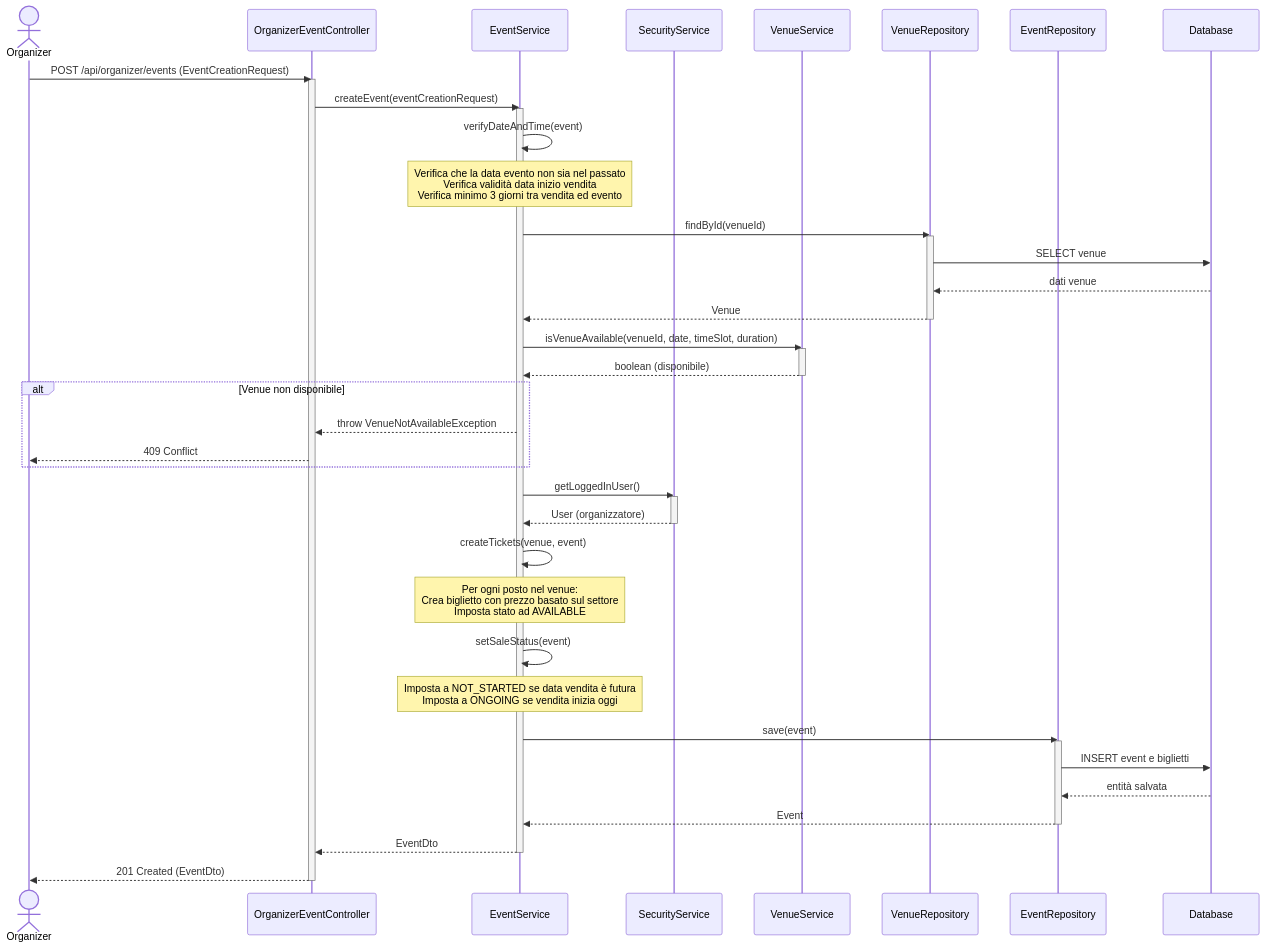
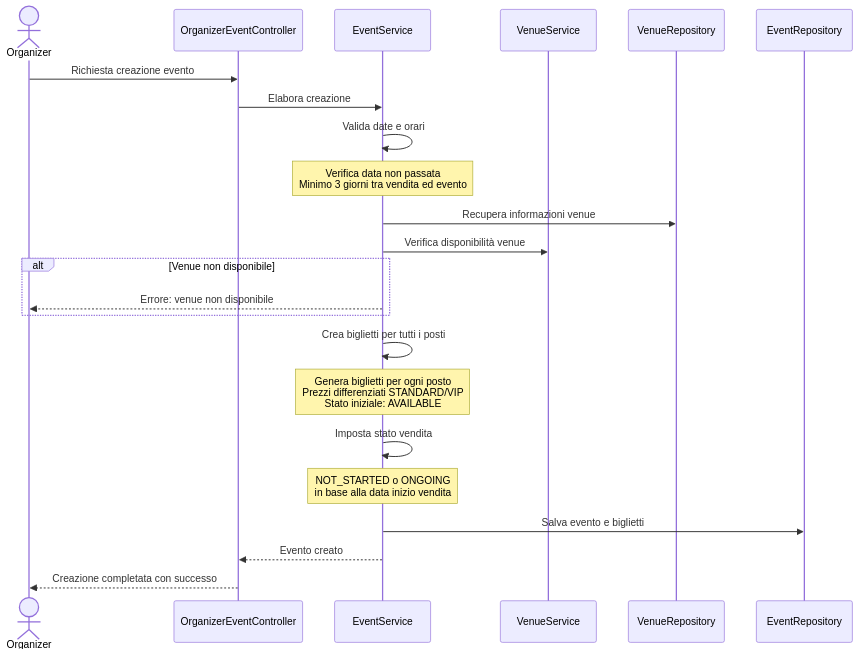
Before and after one commit to s-lusito/TicketBlock-Ing_Sw: the diagram in docs/sequence-event-creation.md, drawn with Mermaid. The commit also changed 14 other files, not shown here.

Commit message:
Simplify sequence diagrams and add PlantUML versions

````diff
--- a/docs/sequence-event-creation.md
+++ b/docs/sequence-event-creation.md
@@ -5,61 +5,34 @@
 ```mermaid
 sequenceDiagram
     actor Organizer
-    participant Controller as OrganizerEventController
-    participant Service as EventService
-    participant SecurityService
+    participant OrganizerEventController
+    participant EventService
     participant VenueService
-    participant VenueRepo as VenueRepository
-    participant EventRepo as EventRepository
-    participant DB as Database
+    participant VenueRepository
+    participant EventRepository
 
-    Organizer->>Controller: POST /api/organizer/events (EventCreationRequest)
-    activate Controller
+    Organizer->>OrganizerEventController: Richiesta creazione evento
+    OrganizerEventController->>EventService: Elabora creazione
     
-    Controller->>Service: createEvent(eventCreationRequest)
-    activate Service
+    EventService->>EventService: Valida date e orari
+    Note over EventService: Verifica data non passata<br/>Minimo 3 giorni tra vendita ed evento
     
-    Service->>Service: verifyDateAndTime(event)
-    Note over Service: Verifica che la data evento non sia nel passato<br/>Verifica validità data inizio vendita<br/>Verifica minimo 3 giorni tra vendita ed evento
+    EventService->>VenueRepository: Recupera informazioni venue
     
-    Service->>VenueRepo: findById(venueId)
-    activate VenueRepo
-    VenueRepo->>DB: SELECT venue
-    DB-->>VenueRepo: dati venue
-    VenueRepo-->>Service: Venue
-    deactivate VenueRepo
-    
-    Service->>VenueService: isVenueAvailable(venueId, date, timeSlot, duration)
-    activate VenueService
-    VenueService-->>Service: boolean (disponibile)
-    deactivate VenueService
+    EventService->>VenueService: Verifica disponibilità venue
     
     alt Venue non disponibile
-        Service-->>Controller: throw VenueNotAvailableException
-        Controller-->>Organizer: 409 Conflict
+        EventService-->>Organizer: Errore: venue non disponibile
     end
     
-    Service->>SecurityService: getLoggedInUser()
-    activate SecurityService
-    SecurityService-->>Service: User (organizzatore)
-    deactivate SecurityService
+    EventService->>EventService: Crea biglietti per tutti i posti
+    Note over EventService: Genera biglietti per ogni posto<br/>Prezzi differenziati STANDARD/VIP<br/>Stato iniziale: AVAILABLE
     
-    Service->>Service: createTickets(venue, event)
-    Note over Service: Per ogni posto nel venue:<br/>Crea biglietto con prezzo basato sul settore<br/>Imposta stato ad AVAILABLE
+    EventService->>EventService: Imposta stato vendita
+    Note over EventService: NOT_STARTED o ONGOING<br/>in base alla data inizio vendita
     
-    Service->>Service: setSaleStatus(event)
-    Note over Service: Imposta a NOT_STARTED se data vendita è futura<br/>Imposta a ONGOING se vendita inizia oggi
+    EventService->>EventRepository: Salva evento e biglietti
     
-    Service->>EventRepo: save(event)
-    activate EventRepo
-    EventRepo->>DB: INSERT event e biglietti
-    DB-->>EventRepo: entità salvata
-    EventRepo-->>Service: Event
-    deactivate EventRepo
-    
-    Service-->>Controller: EventDto
-    deactivate Service
-    
-    Controller-->>Organizer: 201 Created (EventDto)
-    deactivate Controller
+    EventService-->>OrganizerEventController: Evento creato
+    OrganizerEventController-->>Organizer: Creazione completata con successo
 ```
````
